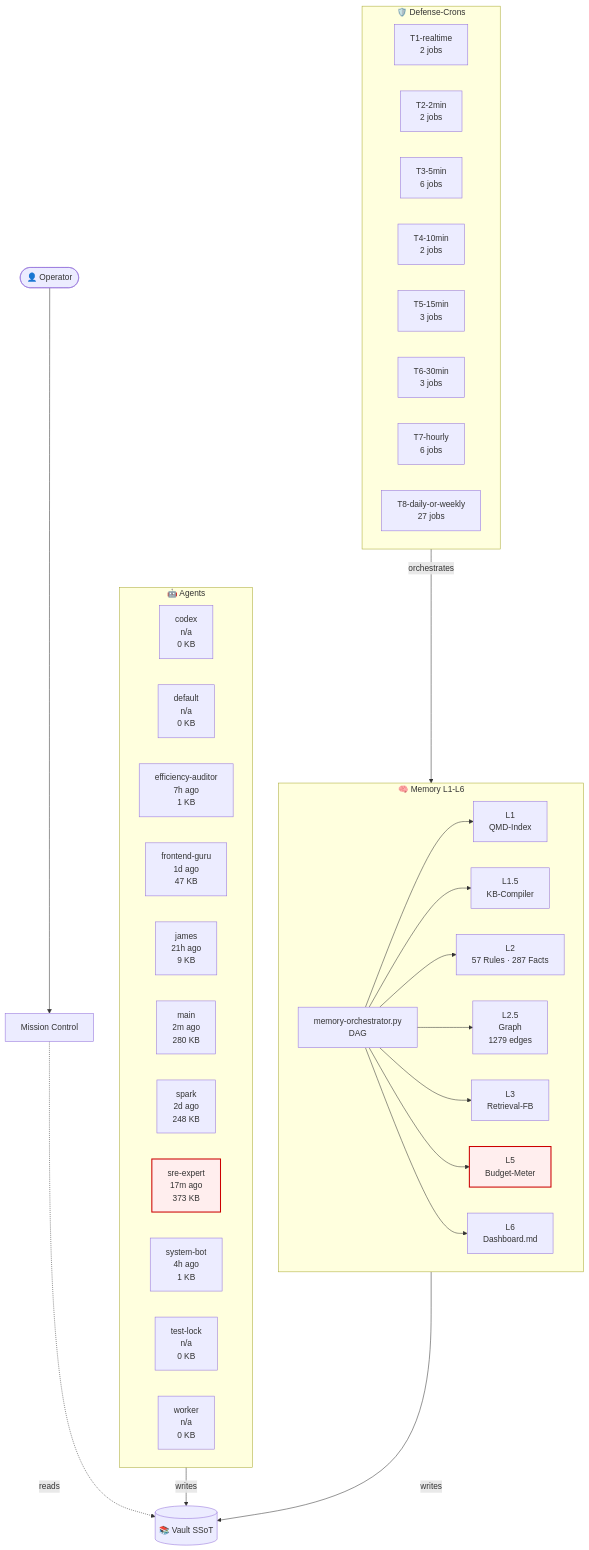
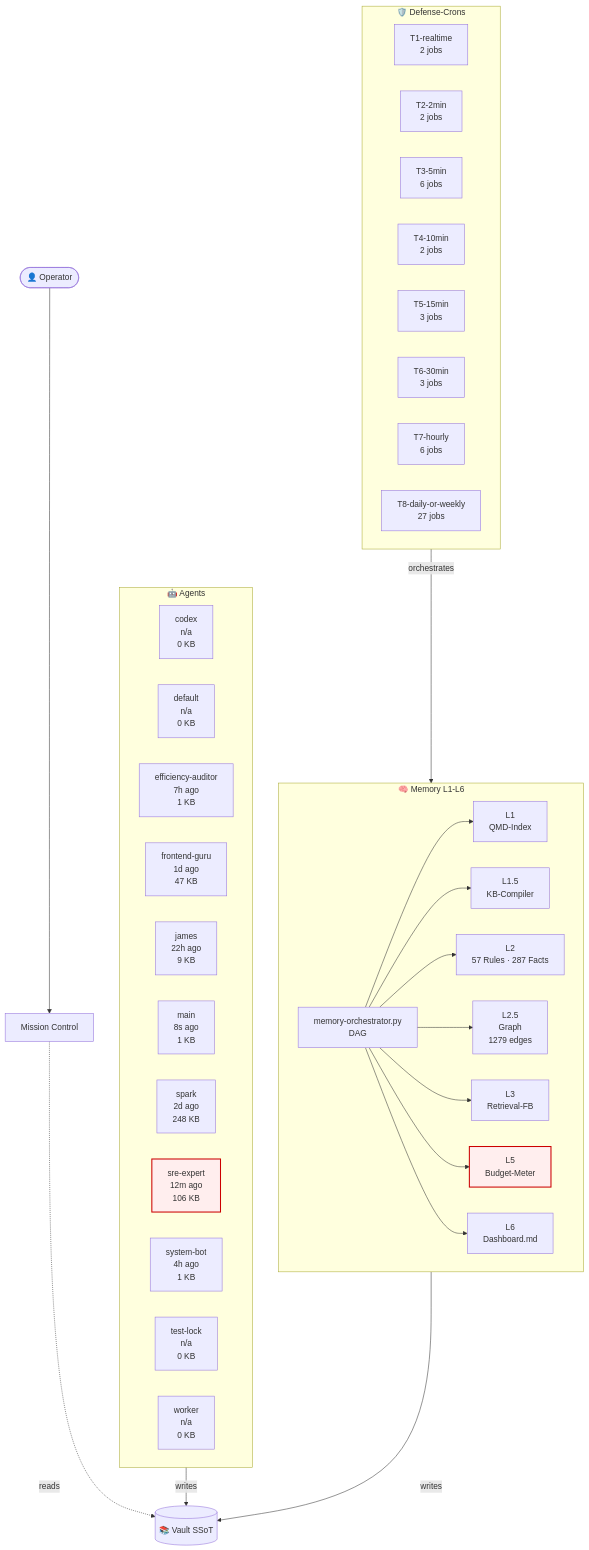
The diagram in 03-Agents/architecture-live.md (lenardhuebner88-rgb/openclaw-memory), drawn with Mermaid before and after one commit. The commit also changed other lines of this file and 2 other files, not shown here.

````diff
--- a/03-Agents/architecture-live.md
+++ b/03-Agents/architecture-live.md
@@ -18,54 +18,54 @@
 ```mermaid
 flowchart TB
     classDef critical fill:#fee,stroke:#c00,stroke-width:2px;
     subgraph AGT["🤖 Agents"]
         agent_codex["codex<br/>n/a<br/>0 KB"]
         agent_default["default<br/>n/a<br/>0 KB"]
         agent_efficiency_auditor["efficiency-auditor<br/>7h ago<br/>1 KB"]
         agent_frontend_guru["frontend-guru<br/>1d ago<br/>47 KB"]
-        agent_james["james<br/>21h ago<br/>9 KB"]
-        agent_main["main<br/>2m ago<br/>280 KB"]
+        agent_james["james<br/>22h ago<br/>9 KB"]
+        agent_main["main<br/>8s ago<br/>1 KB"]
         agent_spark["spark<br/>2d ago<br/>248 KB"]
-        agent_sre_expert["sre-expert<br/>17m ago<br/>373 KB"]
+        agent_sre_expert["sre-expert<br/>12m ago<br/>106 KB"]
         agent_system_bot["system-bot<br/>4h ago<br/>1 KB"]
         agent_test_lock["test-lock<br/>n/a<br/>0 KB"]
         agent_worker["worker<br/>n/a<br/>0 KB"]
     end
     subgraph MEM["🧠 Memory L1-L6"]
         L1["L1<br/>QMD-Index"]
         L15["L1.5<br/>KB-Compiler"]
         L2["L2<br/>57 Rules · 287 Facts"]
         L25["L2.5<br/>Graph<br/>1279 edges"]
         L3["L3<br/>Retrieval-FB"]
         L5["L5<br/>Budget-Meter"]
         L6["L6<br/>Dashboard.md"]
         ORCH["memory-orchestrator.py<br/>DAG"]
     end
     subgraph CRN["🛡️ Defense-Crons"]
         tier_T1_realtime["T1-realtime<br/>2 jobs"]
         tier_T2_2min["T2-2min<br/>2 jobs"]
         tier_T3_5min["T3-5min<br/>6 jobs"]
         tier_T4_10min["T4-10min<br/>2 jobs"]
         tier_T5_15min["T5-15min<br/>3 jobs"]
         tier_T6_30min["T6-30min<br/>3 jobs"]
         tier_T7_hourly["T7-hourly<br/>6 jobs"]
         tier_T8_daily_or_weekly["T8-daily-or-weekly<br/>27 jobs"]
     end
     VAULT[("📚 Vault SSoT")]
     OP([👤 Operator])
     MC["Mission Control"]
     OP --> MC
     MC -.reads.-> VAULT
     AGT -->|writes| VAULT
     MEM -->|writes| VAULT
     ORCH --> L1
     ORCH --> L15
     ORCH --> L2
     ORCH --> L25
     ORCH --> L3
     ORCH --> L5
     ORCH --> L6
     CRN -->|orchestrates| MEM
     class L5 critical
     class agent_sre_expert critical
 ```
````
